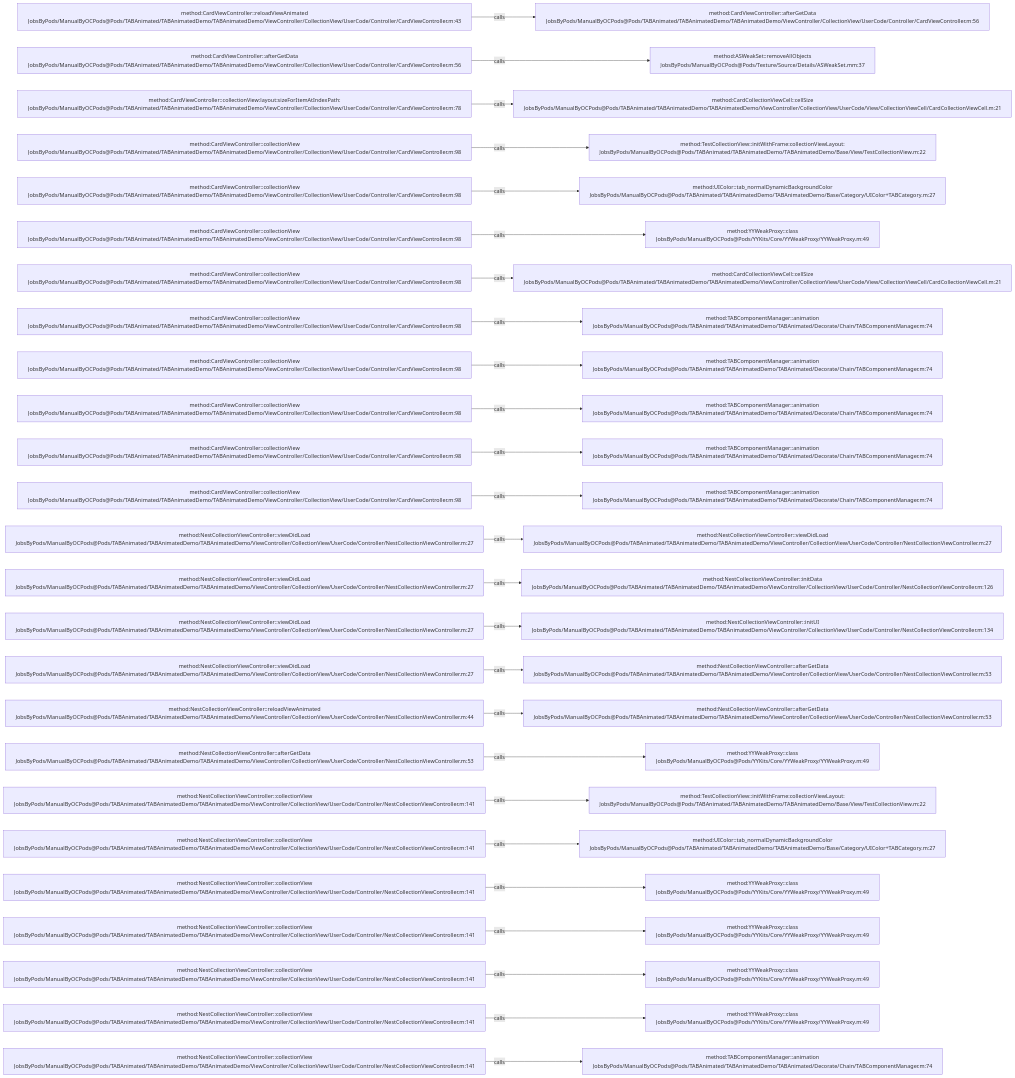
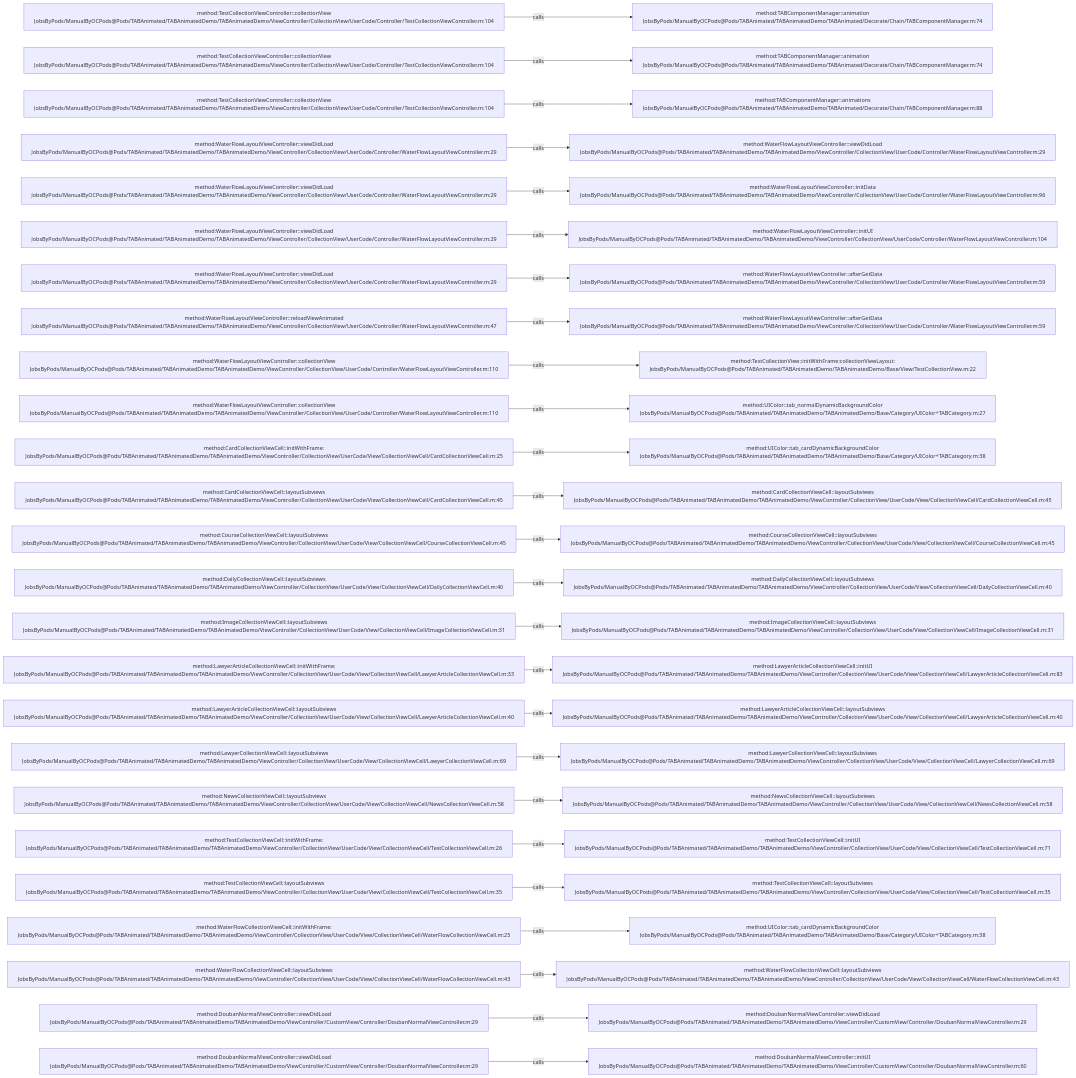
One commit to JobsKits/JobsOCBaseConfigDemo changed the diagram in .codegraph/codegraph.md/graphs/calls-051.md. Above: the diagram before and after it, drawn with Mermaid. The commit also changed 1353 other files, not shown here.

````diff
--- a/.codegraph/codegraph.md/graphs/calls-051.md
+++ b/.codegraph/codegraph.md/graphs/calls-051.md
@@ -13,78 +13,78 @@
 ```mermaid
 flowchart LR
-  S1["method:CardViewController::reloadViewAnimated<br/>JobsByPods/ManualByOCPods@Pods/TABAnimated/TABAnimatedDemo/TABAnimatedDemo/ViewController/CollectionView/UserCode/Controller/CardViewController.m:43"]
-  T1["method:CardViewController::afterGetData<br/>JobsByPods/ManualByOCPods@Pods/TABAnimated/TABAnimatedDemo/TABAnimatedDemo/ViewController/CollectionView/UserCode/Controller/CardViewController.m:56"]
+  S1["method:TestCollectionViewController::collectionView<br/>JobsByPods/ManualByOCPods@Pods/TABAnimated/TABAnimatedDemo/TABAnimatedDemo/ViewController/CollectionView/UserCode/Controller/TestCollectionViewController.m:104"]
+  T1["method:TABComponentManager::animation<br/>JobsByPods/ManualByOCPods@Pods/TABAnimated/TABAnimatedDemo/TABAnimated/Decorate/Chain/TABComponentManager.m:74"]
   S1 -->|calls| T1
-  S2["method:CardViewController::afterGetData<br/>JobsByPods/ManualByOCPods@Pods/TABAnimated/TABAnimatedDemo/TABAnimatedDemo/ViewController/CollectionView/UserCode/Controller/CardViewController.m:56"]
-  T2["method:ASWeakSet::removeAllObjects<br/>JobsByPods/ManualByOCPods@Pods/Texture/Source/Details/ASWeakSet.mm:37"]
+  S2["method:TestCollectionViewController::collectionView<br/>JobsByPods/ManualByOCPods@Pods/TABAnimated/TABAnimatedDemo/TABAnimatedDemo/ViewController/CollectionView/UserCode/Controller/TestCollectionViewController.m:104"]
+  T2["method:TABComponentManager::animation<br/>JobsByPods/ManualByOCPods@Pods/TABAnimated/TABAnimatedDemo/TABAnimated/Decorate/Chain/TABComponentManager.m:74"]
   S2 -->|calls| T2
-  S3["method:CardViewController::collectionView:layout:sizeForItemAtIndexPath:<br/>JobsByPods/ManualByOCPods@Pods/TABAnimated/TABAnimatedDemo/TABAnimatedDemo/ViewController/CollectionView/UserCode/Controller/CardViewController.m:78"]
-  T3["method:CardCollectionViewCell::cellSize<br/>JobsByPods/ManualByOCPods@Pods/TABAnimated/TABAnimatedDemo/TABAnimatedDemo/ViewController/CollectionView/UserCode/View/CollectionViewCell/CardCollectionViewCell.m:21"]
+  S3["method:TestCollectionViewController::collectionView<br/>JobsByPods/ManualByOCPods@Pods/TABAnimated/TABAnimatedDemo/TABAnimatedDemo/ViewController/CollectionView/UserCode/Controller/TestCollectionViewController.m:104"]
+  T3["method:TABComponentManager::animations<br/>JobsByPods/ManualByOCPods@Pods/TABAnimated/TABAnimatedDemo/TABAnimated/Decorate/Chain/TABComponentManager.m:88"]
   S3 -->|calls| T3
-  S4["method:CardViewController::collectionView<br/>JobsByPods/ManualByOCPods@Pods/TABAnimated/TABAnimatedDemo/TABAnimatedDemo/ViewController/CollectionView/UserCode/Controller/CardViewController.m:98"]
-  T4["method:TestCollectionView::initWithFrame:collectionViewLayout:<br/>JobsByPods/ManualByOCPods@Pods/TABAnimated/TABAnimatedDemo/TABAnimatedDemo/Base/View/TestCollectionView.m:22"]
+  S4["method:WaterFlowLayoutViewController::viewDidLoad<br/>JobsByPods/ManualByOCPods@Pods/TABAnimated/TABAnimatedDemo/TABAnimatedDemo/ViewController/CollectionView/UserCode/Controller/WaterFlowLayoutViewController.m:29"]
+  T4["method:WaterFlowLayoutViewController::viewDidLoad<br/>JobsByPods/ManualByOCPods@Pods/TABAnimated/TABAnimatedDemo/TABAnimatedDemo/ViewController/CollectionView/UserCode/Controller/WaterFlowLayoutViewController.m:29"]
   S4 -->|calls| T4
-  S5["method:CardViewController::collectionView<br/>JobsByPods/ManualByOCPods@Pods/TABAnimated/TABAnimatedDemo/TABAnimatedDemo/ViewController/CollectionView/UserCode/Controller/CardViewController.m:98"]
-  T5["method:UIColor::tab_normalDynamicBackgroundColor<br/>JobsByPods/ManualByOCPods@Pods/TABAnimated/TABAnimatedDemo/TABAnimatedDemo/Base/Category/UIColor+TABCategory.m:27"]
+  S5["method:WaterFlowLayoutViewController::viewDidLoad<br/>JobsByPods/ManualByOCPods@Pods/TABAnimated/TABAnimatedDemo/TABAnimatedDemo/ViewController/CollectionView/UserCode/Controller/WaterFlowLayoutViewController.m:29"]
+  T5["method:WaterFlowLayoutViewController::initData<br/>JobsByPods/ManualByOCPods@Pods/TABAnimated/TABAnimatedDemo/TABAnimatedDemo/ViewController/CollectionView/UserCode/Controller/WaterFlowLayoutViewController.m:96"]
   S5 -->|calls| T5
-  S6["method:CardViewController::collectionView<br/>JobsByPods/ManualByOCPods@Pods/TABAnimated/TABAnimatedDemo/TABAnimatedDemo/ViewController/CollectionView/UserCode/Controller/CardViewController.m:98"]
-  T6["method:YYWeakProxy::class<br/>JobsByPods/ManualByOCPods@Pods/YYKits/Core/YYWeakProxy/YYWeakProxy.m:49"]
+  S6["method:WaterFlowLayoutViewController::viewDidLoad<br/>JobsByPods/ManualByOCPods@Pods/TABAnimated/TABAnimatedDemo/TABAnimatedDemo/ViewController/CollectionView/UserCode/Controller/WaterFlowLayoutViewController.m:29"]
+  T6["method:WaterFlowLayoutViewController::initUI<br/>JobsByPods/ManualByOCPods@Pods/TABAnimated/TABAnimatedDemo/TABAnimatedDemo/ViewController/CollectionView/UserCode/Controller/WaterFlowLayoutViewController.m:104"]
   S6 -->|calls| T6
-  S7["method:CardViewController::collectionView<br/>JobsByPods/ManualByOCPods@Pods/TABAnimated/TABAnimatedDemo/TABAnimatedDemo/ViewController/CollectionView/UserCode/Controller/CardViewController.m:98"]
-  T7["method:CardCollectionViewCell::cellSize<br/>JobsByPods/ManualByOCPods@Pods/TABAnimated/TABAnimatedDemo/TABAnimatedDemo/ViewController/CollectionView/UserCode/View/CollectionViewCell/CardCollectionViewCell.m:21"]
+  S7["method:WaterFlowLayoutViewController::viewDidLoad<br/>JobsByPods/ManualByOCPods@Pods/TABAnimated/TABAnimatedDemo/TABAnimatedDemo/ViewController/CollectionView/UserCode/Controller/WaterFlowLayoutViewController.m:29"]
+  T7["method:WaterFlowLayoutViewController::afterGetData<br/>JobsByPods/ManualByOCPods@Pods/TABAnimated/TABAnimatedDemo/TABAnimatedDemo/ViewController/CollectionView/UserCode/Controller/WaterFlowLayoutViewController.m:59"]
   S7 -->|calls| T7
-  S8["method:CardViewController::collectionView<br/>JobsByPods/ManualByOCPods@Pods/TABAnimated/TABAnimatedDemo/TABAnimatedDemo/ViewController/CollectionView/UserCode/Controller/CardViewController.m:98"]
-  T8["method:TABComponentManager::animation<br/>JobsByPods/ManualByOCPods@Pods/TABAnimated/TABAnimatedDemo/TABAnimated/Decorate/Chain/TABComponentManager.m:74"]
+  S8["method:WaterFlowLayoutViewController::reloadViewAnimated<br/>JobsByPods/ManualByOCPods@Pods/TABAnimated/TABAnimatedDemo/TABAnimatedDemo/ViewController/CollectionView/UserCode/Controller/WaterFlowLayoutViewController.m:47"]
+  T8["method:WaterFlowLayoutViewController::afterGetData<br/>JobsByPods/ManualByOCPods@Pods/TABAnimated/TABAnimatedDemo/TABAnimatedDemo/ViewController/CollectionView/UserCode/Controller/WaterFlowLayoutViewController.m:59"]
   S8 -->|calls| T8
-  S9["method:CardViewController::collectionView<br/>JobsByPods/ManualByOCPods@Pods/TABAnimated/TABAnimatedDemo/TABAnimatedDemo/ViewController/CollectionView/UserCode/Controller/CardViewController.m:98"]
-  T9["method:TABComponentManager::animation<br/>JobsByPods/ManualByOCPods@Pods/TABAnimated/TABAnimatedDemo/TABAnimated/Decorate/Chain/TABComponentManager.m:74"]
+  S9["method:WaterFlowLayoutViewController::collectionView<br/>JobsByPods/ManualByOCPods@Pods/TABAnimated/TABAnimatedDemo/TABAnimatedDemo/ViewController/CollectionView/UserCode/Controller/WaterFlowLayoutViewController.m:110"]
+  T9["method:TestCollectionView::initWithFrame:collectionViewLayout:<br/>JobsByPods/ManualByOCPods@Pods/TABAnimated/TABAnimatedDemo/TABAnimatedDemo/Base/View/TestCollectionView.m:22"]
   S9 -->|calls| T9
-  S10["method:CardViewController::collectionView<br/>JobsByPods/ManualByOCPods@Pods/TABAnimated/TABAnimatedDemo/TABAnimatedDemo/ViewController/CollectionView/UserCode/Controller/CardViewController.m:98"]
-  T10["method:TABComponentManager::animation<br/>JobsByPods/ManualByOCPods@Pods/TABAnimated/TABAnimatedDemo/TABAnimated/Decorate/Chain/TABComponentManager.m:74"]
+  S10["method:WaterFlowLayoutViewController::collectionView<br/>JobsByPods/ManualByOCPods@Pods/TABAnimated/TABAnimatedDemo/TABAnimatedDemo/ViewController/CollectionView/UserCode/Controller/WaterFlowLayoutViewController.m:110"]
+  T10["method:UIColor::tab_normalDynamicBackgroundColor<br/>JobsByPods/ManualByOCPods@Pods/TABAnimated/TABAnimatedDemo/TABAnimatedDemo/Base/Category/UIColor+TABCategory.m:27"]
   S10 -->|calls| T10
-  S11["method:CardViewController::collectionView<br/>JobsByPods/ManualByOCPods@Pods/TABAnimated/TABAnimatedDemo/TABAnimatedDemo/ViewController/CollectionView/UserCode/Controller/CardViewController.m:98"]
-  T11["method:TABComponentManager::animation<br/>JobsByPods/ManualByOCPods@Pods/TABAnimated/TABAnimatedDemo/TABAnimated/Decorate/Chain/TABComponentManager.m:74"]
+  S11["method:CardCollectionViewCell::initWithFrame:<br/>JobsByPods/ManualByOCPods@Pods/TABAnimated/TABAnimatedDemo/TABAnimatedDemo/ViewController/CollectionView/UserCode/View/CollectionViewCell/CardCollectionViewCell.m:25"]
+  T11["method:UIColor::tab_cardDynamicBackgroundColor<br/>JobsByPods/ManualByOCPods@Pods/TABAnimated/TABAnimatedDemo/TABAnimatedDemo/Base/Category/UIColor+TABCategory.m:38"]
   S11 -->|calls| T11
-  S12["method:CardViewController::collectionView<br/>JobsByPods/ManualByOCPods@Pods/TABAnimated/TABAnimatedDemo/TABAnimatedDemo/ViewController/CollectionView/UserCode/Controller/CardViewController.m:98"]
-  T12["method:TABComponentManager::animation<br/>JobsByPods/ManualByOCPods@Pods/TABAnimated/TABAnimatedDemo/TABAnimated/Decorate/Chain/TABComponentManager.m:74"]
+  S12["method:CardCollectionViewCell::layoutSubviews<br/>JobsByPods/ManualByOCPods@Pods/TABAnimated/TABAnimatedDemo/TABAnimatedDemo/ViewController/CollectionView/UserCode/View/CollectionViewCell/CardCollectionViewCell.m:45"]
+  T12["method:CardCollectionViewCell::layoutSubviews<br/>JobsByPods/ManualByOCPods@Pods/TABAnimated/TABAnimatedDemo/TABAnimatedDemo/ViewController/CollectionView/UserCode/View/CollectionViewCell/CardCollectionViewCell.m:45"]
   S12 -->|calls| T12
-  S13["method:NestCollectionViewController::viewDidLoad<br/>JobsByPods/ManualByOCPods@Pods/TABAnimated/TABAnimatedDemo/TABAnimatedDemo/ViewController/CollectionView/UserCode/Controller/NestCollectionViewController.m:27"]
-  T13["method:NestCollectionViewController::viewDidLoad<br/>JobsByPods/ManualByOCPods@Pods/TABAnimated/TABAnimatedDemo/TABAnimatedDemo/ViewController/CollectionView/UserCode/Controller/NestCollectionViewController.m:27"]
+  S13["method:CourseCollectionViewCell::layoutSubviews<br/>JobsByPods/ManualByOCPods@Pods/TABAnimated/TABAnimatedDemo/TABAnimatedDemo/ViewController/CollectionView/UserCode/View/CollectionViewCell/CourseCollectionViewCell.m:45"]
+  T13["method:CourseCollectionViewCell::layoutSubviews<br/>JobsByPods/ManualByOCPods@Pods/TABAnimated/TABAnimatedDemo/TABAnimatedDemo/ViewController/CollectionView/UserCode/View/CollectionViewCell/CourseCollectionViewCell.m:45"]
   S13 -->|calls| T13
-  S14["method:NestCollectionViewController::viewDidLoad<br/>JobsByPods/ManualByOCPods@Pods/TABAnimated/TABAnimatedDemo/TABAnimatedDemo/ViewController/CollectionView/UserCode/Controller/NestCollectionViewController.m:27"]
-  T14["method:NestCollectionViewController::initData<br/>JobsByPods/ManualByOCPods@Pods/TABAnimated/TABAnimatedDemo/TABAnimatedDemo/ViewController/CollectionView/UserCode/Controller/NestCollectionViewController.m:126"]
+  S14["method:DailyCollectionViewCell::layoutSubviews<br/>JobsByPods/ManualByOCPods@Pods/TABAnimated/TABAnimatedDemo/TABAnimatedDemo/ViewController/CollectionView/UserCode/View/CollectionViewCell/DailyCollectionViewCell.m:40"]
+  T14["method:DailyCollectionViewCell::layoutSubviews<br/>JobsByPods/ManualByOCPods@Pods/TABAnimated/TABAnimatedDemo/TABAnimatedDemo/ViewController/CollectionView/UserCode/View/CollectionViewCell/DailyCollectionViewCell.m:40"]
   S14 -->|calls| T14
-  S15["method:NestCollectionViewController::viewDidLoad<br/>JobsByPods/ManualByOCPods@Pods/TABAnimated/TABAnimatedDemo/TABAnimatedDemo/ViewController/CollectionView/UserCode/Controller/NestCollectionViewController.m:27"]
-  T15["method:NestCollectionViewController::initUI<br/>JobsByPods/ManualByOCPods@Pods/TABAnimated/TABAnimatedDemo/TABAnimatedDemo/ViewController/CollectionView/UserCode/Controller/NestCollectionViewController.m:134"]
+  S15["method:ImageCollectionViewCell::layoutSubviews<br/>JobsByPods/ManualByOCPods@Pods/TABAnimated/TABAnimatedDemo/TABAnimatedDemo/ViewController/CollectionView/UserCode/View/CollectionViewCell/ImageCollectionViewCell.m:31"]
+  T15["method:ImageCollectionViewCell::layoutSubviews<br/>JobsByPods/ManualByOCPods@Pods/TABAnimated/TABAnimatedDemo/TABAnimatedDemo/ViewController/CollectionView/UserCode/View/CollectionViewCell/ImageCollectionViewCell.m:31"]
   S15 -->|calls| T15
-  S16["method:NestCollectionViewController::viewDidLoad<br/>JobsByPods/ManualByOCPods@Pods/TABAnimated/TABAnimatedDemo/TABAnimatedDemo/ViewController/CollectionView/UserCode/Controller/NestCollectionViewController.m:27"]
-  T16["method:NestCollectionViewController::afterGetData<br/>JobsByPods/ManualByOCPods@Pods/TABAnimated/TABAnimatedDemo/TABAnimatedDemo/ViewController/CollectionView/UserCode/Controller/NestCollectionViewController.m:53"]
+  S16["method:LawyerArticleCollectionViewCell::initWithFrame:<br/>JobsByPods/ManualByOCPods@Pods/TABAnimated/TABAnimatedDemo/TABAnimatedDemo/ViewController/CollectionView/UserCode/View/CollectionViewCell/LawyerArticleCollectionViewCell.m:33"]
+  T16["method:LawyerArticleCollectionViewCell::initUI<br/>JobsByPods/ManualByOCPods@Pods/TABAnimated/TABAnimatedDemo/TABAnimatedDemo/ViewController/CollectionView/UserCode/View/CollectionViewCell/LawyerArticleCollectionViewCell.m:83"]
   S16 -->|calls| T16
-  S17["method:NestCollectionViewController::reloadViewAnimated<br/>JobsByPods/ManualByOCPods@Pods/TABAnimated/TABAnimatedDemo/TABAnimatedDemo/ViewController/CollectionView/UserCode/Controller/NestCollectionViewController.m:44"]
-  T17["method:NestCollectionViewController::afterGetData<br/>JobsByPods/ManualByOCPods@Pods/TABAnimated/TABAnimatedDemo/TABAnimatedDemo/ViewController/CollectionView/UserCode/Controller/NestCollectionViewController.m:53"]
+  S17["method:LawyerArticleCollectionViewCell::layoutSubviews<br/>JobsByPods/ManualByOCPods@Pods/TABAnimated/TABAnimatedDemo/TABAnimatedDemo/ViewController/CollectionView/UserCode/View/CollectionViewCell/LawyerArticleCollectionViewCell.m:40"]
+  T17["method:LawyerArticleCollectionViewCell::layoutSubviews<br/>JobsByPods/ManualByOCPods@Pods/TABAnimated/TABAnimatedDemo/TABAnimatedDemo/ViewController/CollectionView/UserCode/View/CollectionViewCell/LawyerArticleCollectionViewCell.m:40"]
   S17 -->|calls| T17
-  S18["method:NestCollectionViewController::afterGetData<br/>JobsByPods/ManualByOCPods@Pods/TABAnimated/TABAnimatedDemo/TABAnimatedDemo/ViewController/CollectionView/UserCode/Controller/NestCollectionViewController.m:53"]
-  T18["method:YYWeakProxy::class<br/>JobsByPods/ManualByOCPods@Pods/YYKits/Core/YYWeakProxy/YYWeakProxy.m:49"]
+  S18["method:LawyerCollectionViewCell::layoutSubviews<br/>JobsByPods/ManualByOCPods@Pods/TABAnimated/TABAnimatedDemo/TABAnimatedDemo/ViewController/CollectionView/UserCode/View/CollectionViewCell/LawyerCollectionViewCell.m:69"]
+  T18["method:LawyerCollectionViewCell::layoutSubviews<br/>JobsByPods/ManualByOCPods@Pods/TABAnimated/TABAnimatedDemo/TABAnimatedDemo/ViewController/CollectionView/UserCode/View/CollectionViewCell/LawyerCollectionViewCell.m:69"]
   S18 -->|calls| T18
-  S19["method:NestCollectionViewController::collectionView<br/>JobsByPods/ManualByOCPods@Pods/TABAnimated/TABAnimatedDemo/TABAnimatedDemo/ViewController/CollectionView/UserCode/Controller/NestCollectionViewController.m:141"]
-  T19["method:TestCollectionView::initWithFrame:collectionViewLayout:<br/>JobsByPods/ManualByOCPods@Pods/TABAnimated/TABAnimatedDemo/TABAnimatedDemo/Base/View/TestCollectionView.m:22"]
+  S19["method:NewsCollectionViewCell::layoutSubviews<br/>JobsByPods/ManualByOCPods@Pods/TABAnimated/TABAnimatedDemo/TABAnimatedDemo/ViewController/CollectionView/UserCode/View/CollectionViewCell/NewsCollectionViewCell.m:58"]
+  T19["method:NewsCollectionViewCell::layoutSubviews<br/>JobsByPods/ManualByOCPods@Pods/TABAnimated/TABAnimatedDemo/TABAnimatedDemo/ViewController/CollectionView/UserCode/View/CollectionViewCell/NewsCollectionViewCell.m:58"]
   S19 -->|calls| T19
-  S20["method:NestCollectionViewController::collectionView<br/>JobsByPods/ManualByOCPods@Pods/TABAnimated/TABAnimatedDemo/TABAnimatedDemo/ViewController/CollectionView/UserCode/Controller/NestCollectionViewController.m:141"]
-  T20["method:UIColor::tab_normalDynamicBackgroundColor<br/>JobsByPods/ManualByOCPods@Pods/TABAnimated/TABAnimatedDemo/TABAnimatedDemo/Base/Category/UIColor+TABCategory.m:27"]
+  S20["method:TestCollectionViewCell::initWithFrame:<br/>JobsByPods/ManualByOCPods@Pods/TABAnimated/TABAnimatedDemo/TABAnimatedDemo/ViewController/CollectionView/UserCode/View/CollectionViewCell/TestCollectionViewCell.m:26"]
+  T20["method:TestCollectionViewCell::initUI<br/>JobsByPods/ManualByOCPods@Pods/TABAnimated/TABAnimatedDemo/TABAnimatedDemo/ViewController/CollectionView/UserCode/View/CollectionViewCell/TestCollectionViewCell.m:71"]
   S20 -->|calls| T20
-  S21["method:NestCollectionViewController::collectionView<br/>JobsByPods/ManualByOCPods@Pods/TABAnimated/TABAnimatedDemo/TABAnimatedDemo/ViewController/CollectionView/UserCode/Controller/NestCollectionViewController.m:141"]
-  T21["method:YYWeakProxy::class<br/>JobsByPods/ManualByOCPods@Pods/YYKits/Core/YYWeakProxy/YYWeakProxy.m:49"]
+  S21["method:TestCollectionViewCell::layoutSubviews<br/>JobsByPods/ManualByOCPods@Pods/TABAnimated/TABAnimatedDemo/TABAnimatedDemo/ViewController/CollectionView/UserCode/View/CollectionViewCell/TestCollectionViewCell.m:35"]
+  T21["method:TestCollectionViewCell::layoutSubviews<br/>JobsByPods/ManualByOCPods@Pods/TABAnimated/TABAnimatedDemo/TABAnimatedDemo/ViewController/CollectionView/UserCode/View/CollectionViewCell/TestCollectionViewCell.m:35"]
   S21 -->|calls| T21
-  S22["method:NestCollectionViewController::collectionView<br/>JobsByPods/ManualByOCPods@Pods/TABAnimated/TABAnimatedDemo/TABAnimatedDemo/ViewController/CollectionView/UserCode/Controller/NestCollectionViewController.m:141"]
-  T22["method:YYWeakProxy::class<br/>JobsByPods/ManualByOCPods@Pods/YYKits/Core/YYWeakProxy/YYWeakProxy.m:49"]
+  S22["method:WaterFlowCollectionViewCell::initWithFrame:<br/>JobsByPods/ManualByOCPods@Pods/TABAnimated/TABAnimatedDemo/TABAnimatedDemo/ViewController/CollectionView/UserCode/View/CollectionViewCell/WaterFlowCollectionViewCell.m:25"]
+  T22["method:UIColor::tab_cardDynamicBackgroundColor<br/>JobsByPods/ManualByOCPods@Pods/TABAnimated/TABAnimatedDemo/TABAnimatedDemo/Base/Category/UIColor+TABCategory.m:38"]
   S22 -->|calls| T22
-  S23["method:NestCollectionViewController::collectionView<br/>JobsByPods/ManualByOCPods@Pods/TABAnimated/TABAnimatedDemo/TABAnimatedDemo/ViewController/CollectionView/UserCode/Controller/NestCollectionViewController.m:141"]
-  T23["method:YYWeakProxy::class<br/>JobsByPods/ManualByOCPods@Pods/YYKits/Core/YYWeakProxy/YYWeakProxy.m:49"]
+  S23["method:WaterFlowCollectionViewCell::layoutSubviews<br/>JobsByPods/ManualByOCPods@Pods/TABAnimated/TABAnimatedDemo/TABAnimatedDemo/ViewController/CollectionView/UserCode/View/CollectionViewCell/WaterFlowCollectionViewCell.m:43"]
+  T23["method:WaterFlowCollectionViewCell::layoutSubviews<br/>JobsByPods/ManualByOCPods@Pods/TABAnimated/TABAnimatedDemo/TABAnimatedDemo/ViewController/CollectionView/UserCode/View/CollectionViewCell/WaterFlowCollectionViewCell.m:43"]
   S23 -->|calls| T23
-  S24["method:NestCollectionViewController::collectionView<br/>JobsByPods/ManualByOCPods@Pods/TABAnimated/TABAnimatedDemo/TABAnimatedDemo/ViewController/CollectionView/UserCode/Controller/NestCollectionViewController.m:141"]
-  T24["method:YYWeakProxy::class<br/>JobsByPods/ManualByOCPods@Pods/YYKits/Core/YYWeakProxy/YYWeakProxy.m:49"]
+  S24["method:DoubanNormalViewController::viewDidLoad<br/>JobsByPods/ManualByOCPods@Pods/TABAnimated/TABAnimatedDemo/TABAnimatedDemo/ViewController/CustomView/Controller/DoubanNormalViewController.m:29"]
+  T24["method:DoubanNormalViewController::viewDidLoad<br/>JobsByPods/ManualByOCPods@Pods/TABAnimated/TABAnimatedDemo/TABAnimatedDemo/ViewController/CustomView/Controller/DoubanNormalViewController.m:29"]
   S24 -->|calls| T24
-  S25["method:NestCollectionViewController::collectionView<br/>JobsByPods/ManualByOCPods@Pods/TABAnimated/TABAnimatedDemo/TABAnimatedDemo/ViewController/CollectionView/UserCode/Controller/NestCollectionViewController.m:141"]
-  T25["method:TABComponentManager::animation<br/>JobsByPods/ManualByOCPods@Pods/TABAnimated/TABAnimatedDemo/TABAnimated/Decorate/Chain/TABComponentManager.m:74"]
+  S25["method:DoubanNormalViewController::viewDidLoad<br/>JobsByPods/ManualByOCPods@Pods/TABAnimated/TABAnimatedDemo/TABAnimatedDemo/ViewController/CustomView/Controller/DoubanNormalViewController.m:29"]
+  T25["method:DoubanNormalViewController::initUI<br/>JobsByPods/ManualByOCPods@Pods/TABAnimated/TABAnimatedDemo/TABAnimatedDemo/ViewController/CustomView/Controller/DoubanNormalViewController.m:60"]
   S25 -->|calls| T25
 ```
````
